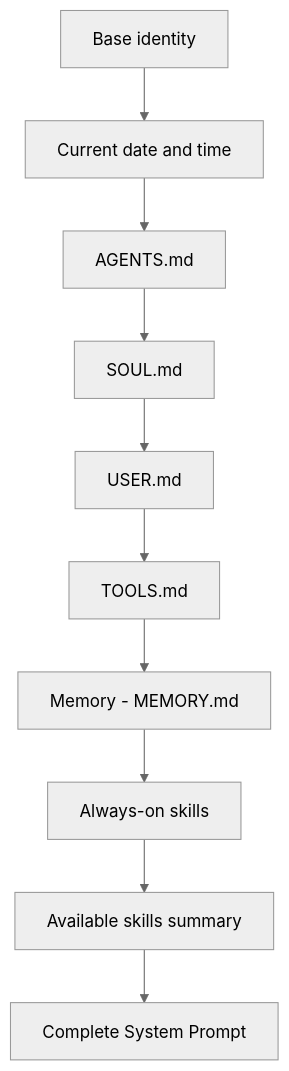
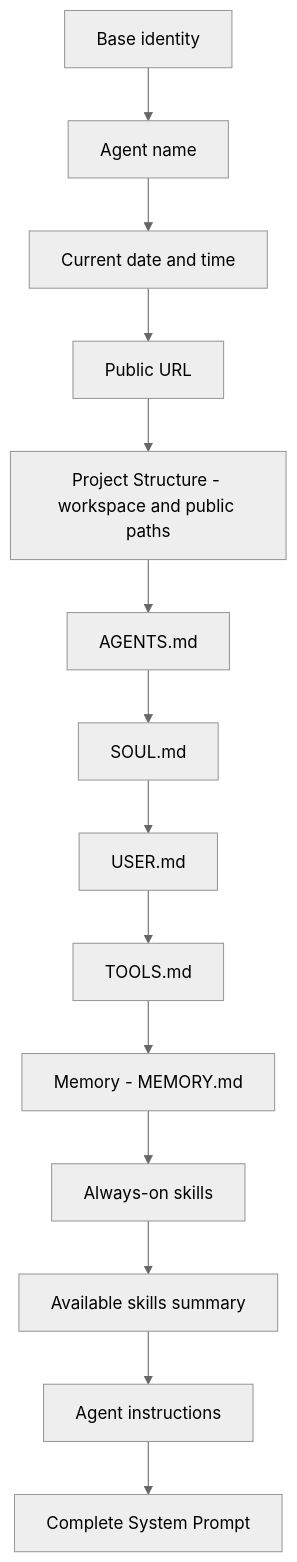
Before and after one commit to openbotx/openbotx: the sixth of 19 diagrams in docs/flow.md, drawn with Mermaid (neutral theme). The commit also changed other lines of this file and 57 other files, not shown here.

````diff
--- a/docs/flow.md
+++ b/docs/flow.md
@@ -346,12 +379,16 @@
 ```mermaid
 graph TD
-    A[Base identity] --> B[Current date and time]
-    B --> C[AGENTS.md]
+    A[Base identity] --> A1[Agent name]
+    A1 --> B[Current date and time]
+    B --> B1[Public URL]
+    B1 --> B2[Project Structure - workspace and public paths]
+    B2 --> C[AGENTS.md]
     C --> D[SOUL.md]
     D --> E[USER.md]
     E --> F[TOOLS.md]
     F --> G[Memory - MEMORY.md]
     G --> H[Always-on skills]
     H --> I[Available skills summary]
-    I --> J[Complete System Prompt]
+    I --> I1[Agent instructions]
+    I1 --> J[Complete System Prompt]
 ```
````
